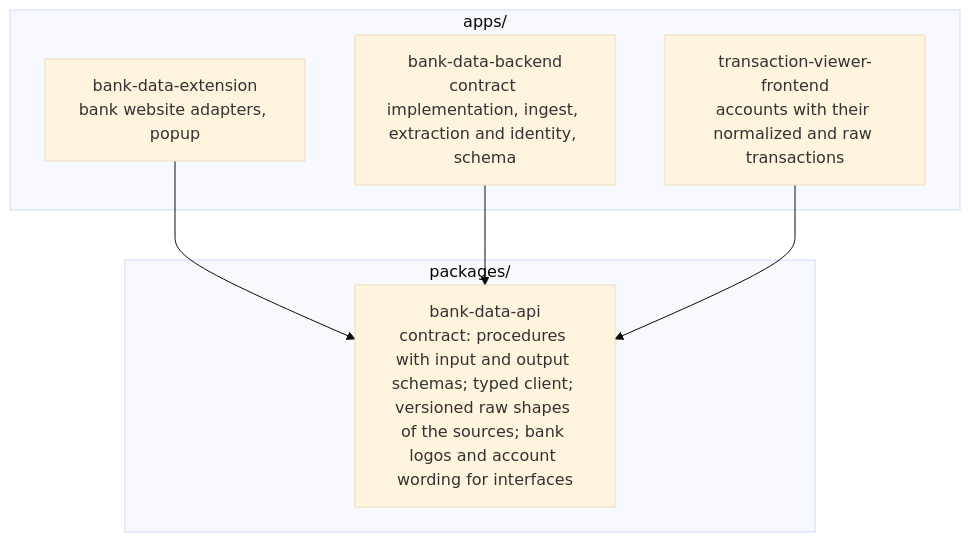
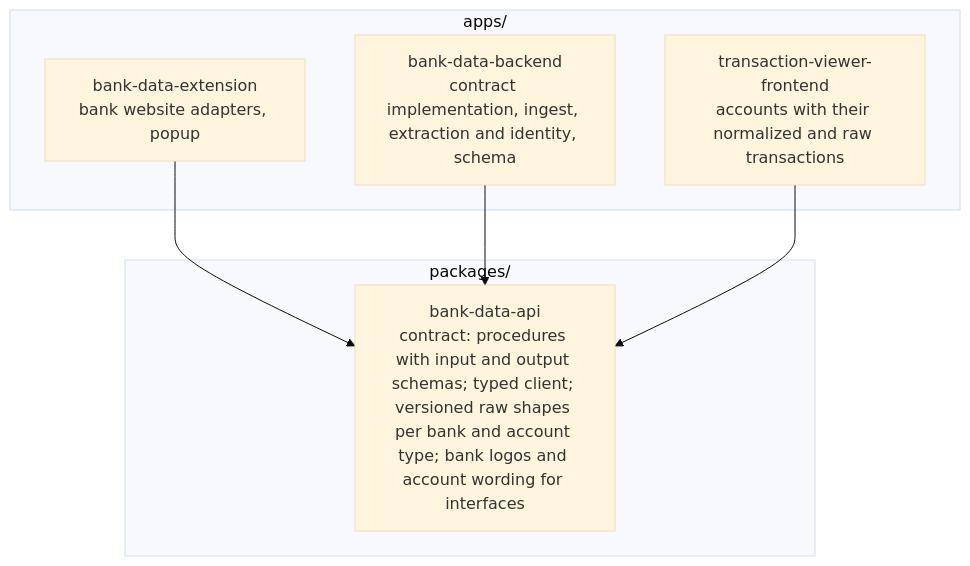
The fourth of 5 diagrams in docs/architecture.md (lennartmoeller/finance-tracker), drawn with Mermaid (base theme) before and after one commit. The commit also changed other lines of this file and 24 other files, not shown here.

Commit message:
refactor!: read raw transactions by their account's bank and type (#26)

````diff
--- a/docs/architecture.md
+++ b/docs/architecture.md
@@ -117,14 +117,14 @@
 ```mermaid
 flowchart TD
   subgraph apps["apps/"]
     extension["bank-data-extension<br/>bank website adapters, popup"]
     backend["bank-data-backend<br/>contract implementation, ingest, extraction and identity, schema"]
     viewer["transaction-viewer-frontend<br/>accounts with their normalized and raw transactions"]
   end
   subgraph packages["packages/"]
-    api["bank-data-api<br/>contract: procedures with input and output schemas; typed client; versioned raw shapes of the sources; bank logos and account wording for interfaces"]
+    api["bank-data-api<br/>contract: procedures with input and output schemas; typed client; versioned raw shapes per bank and account type; bank logos and account wording for interfaces"]
   end
   extension --> api
   backend --> api
   viewer --> api
 ```
````
